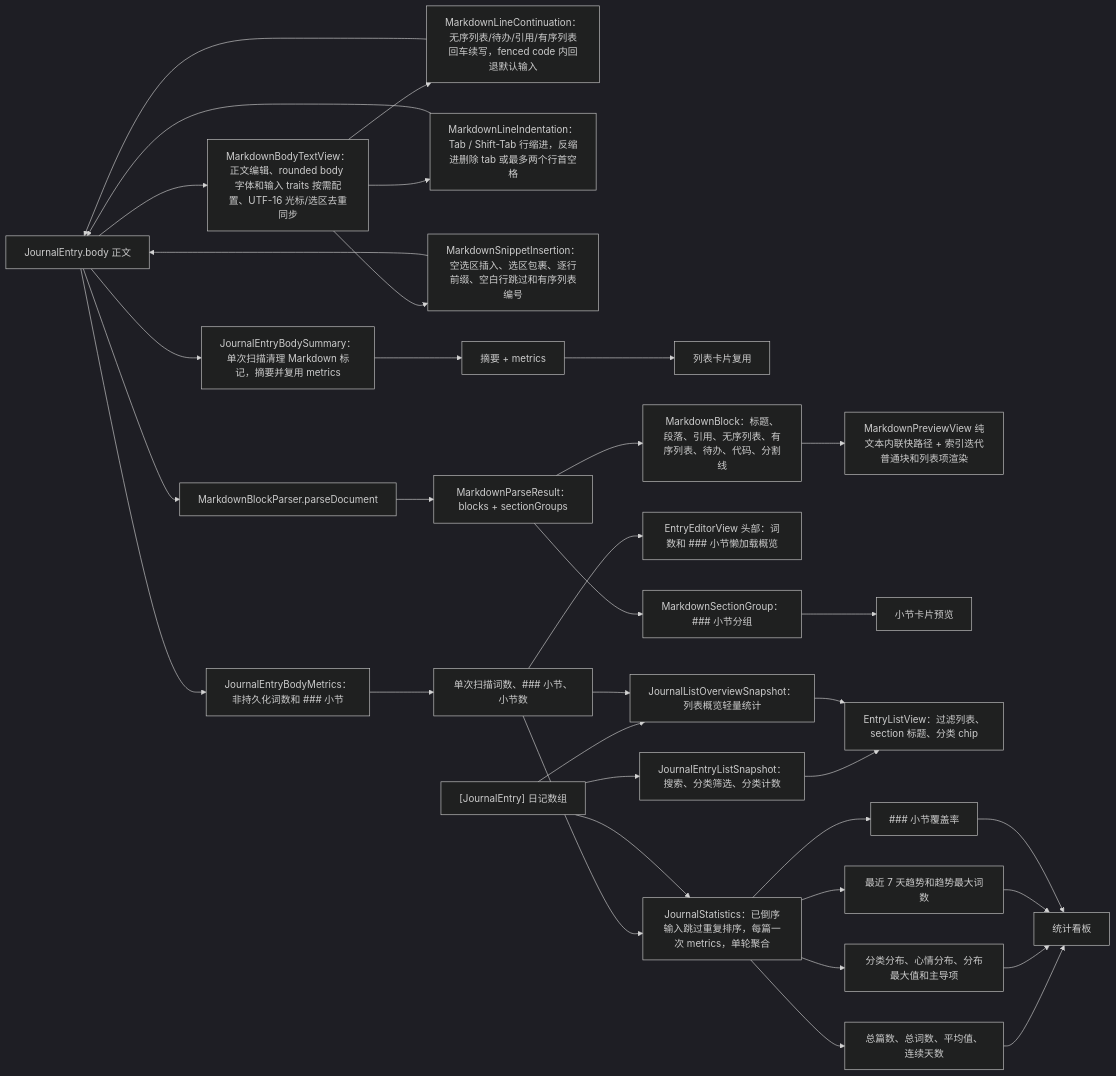
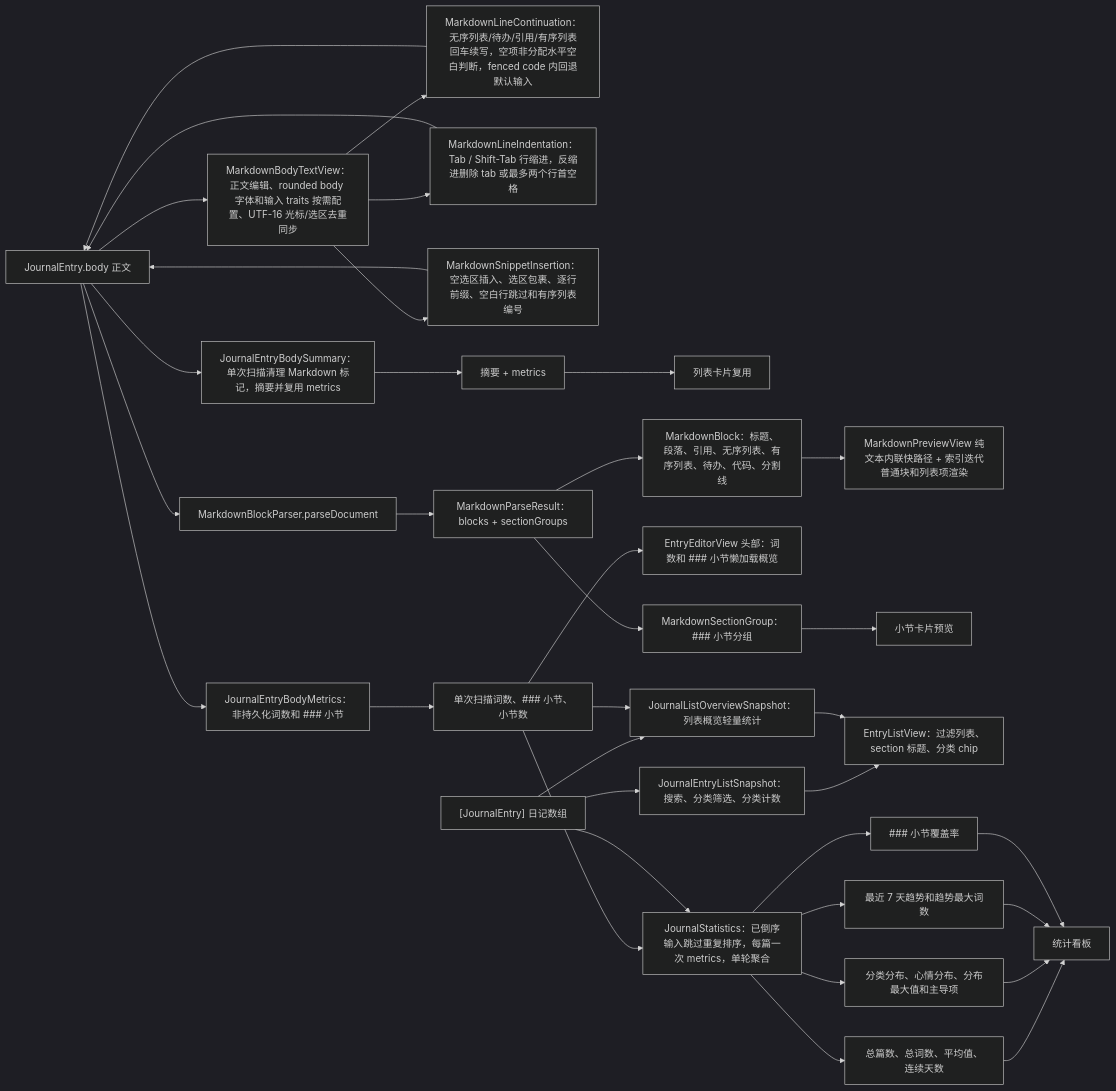
Before and after one commit to Altman-sam114/117: the fourth of 6 diagrams in md/flow/flowchart.md, drawn with Mermaid (dark theme). The commit also changed other lines of this file and 8 other files, not shown here.

````diff
--- a/md/flow/flowchart.md
+++ b/md/flow/flowchart.md
@@ -121,37 +121,37 @@
 ```mermaid
 flowchart LR
   Body["JournalEntry.body 正文"] --> MetricsNode2["JournalEntryBodyMetrics：非持久化词数和 ### 小节"]
   Body --> Summary["JournalEntryBodySummary：单次扫描清理 Markdown 标记，摘要并复用 metrics"]
   Body --> BodyText["MarkdownBodyTextView：正文编辑、rounded body 字体和输入 traits 按需配置、UTF-16 光标/选区去重同步"]
-  BodyText --> ContinueRule["MarkdownLineContinuation：无序列表/待办/引用/有序列表回车续写，fenced code 内回退默认输入"]
+  BodyText --> ContinueRule["MarkdownLineContinuation：无序列表/待办/引用/有序列表回车续写，空项非分配水平空白判断，fenced code 内回退默认输入"]
   ContinueRule --> Body
   BodyText --> IndentRule["MarkdownLineIndentation：Tab / Shift-Tab 行缩进，反缩进删除 tab 或最多两个行首空格"]
   IndentRule --> Body
   BodyText --> InsertRule["MarkdownSnippetInsertion：空选区插入、选区包裹、逐行前缀、空白行跳过和有序列表编号"]
   InsertRule --> Body
   MetricsNode2 --> MetricsData["单次扫描词数、### 小节、小节数"]
   Summary --> Excerpt["摘要 + metrics"]
   Excerpt --> RowEditor["列表卡片复用"]
   MetricsData --> Statistics["JournalStatistics：已倒序输入跳过重复排序，每篇一次 metrics，单轮聚合"]
   MetricsData --> EditorHeader["EntryEditorView 头部：词数和 ### 小节懒加载概览"]
   Body --> Parse["MarkdownBlockParser.parseDocument"]
   Parse --> Result["MarkdownParseResult：blocks + sectionGroups"]
   Result --> Blocks["MarkdownBlock：标题、段落、引用、无序列表、有序列表、待办、代码、分割线"]
   Blocks --> Preview["MarkdownPreviewView 纯文本内联快路径 + 索引迭代普通块和列表项渲染"]
   Result --> Sections["MarkdownSectionGroup：### 小节分组"]
   Sections --> SectionPreview["小节卡片预览"]
   Entries["[JournalEntry] 日记数组"] --> Statistics
   Entries --> ListSnapshot2["JournalEntryListSnapshot：搜索、分类筛选、分类计数"]
   ListSnapshot2 --> ListView["EntryListView：过滤列表、section 标题、分类 chip"]
   Entries --> ListOverview2["JournalListOverviewSnapshot：列表概览轻量统计"]
   MetricsData --> ListOverview2
   ListOverview2 --> ListView
   Statistics --> Metrics["总篇数、总词数、平均值、连续天数"]
   Statistics --> Distributions["分类分布、心情分布、分布最大值和主导项"]
   Statistics --> Trend["最近 7 天趋势和趋势最大词数"]
   Statistics --> Coverage["### 小节覆盖率"]
   Metrics --> Dashboard["统计看板"]
   Distributions --> Dashboard
   Trend --> Dashboard
   Coverage --> Dashboard
 ```
````
